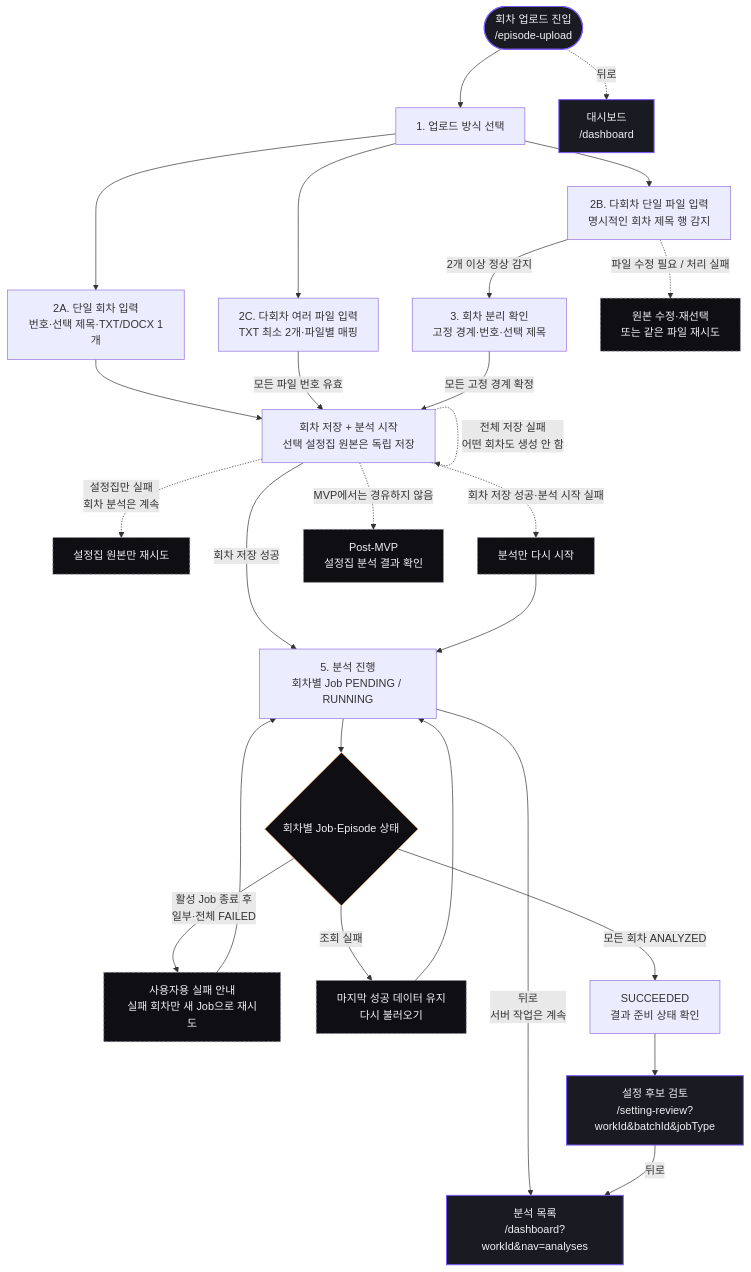
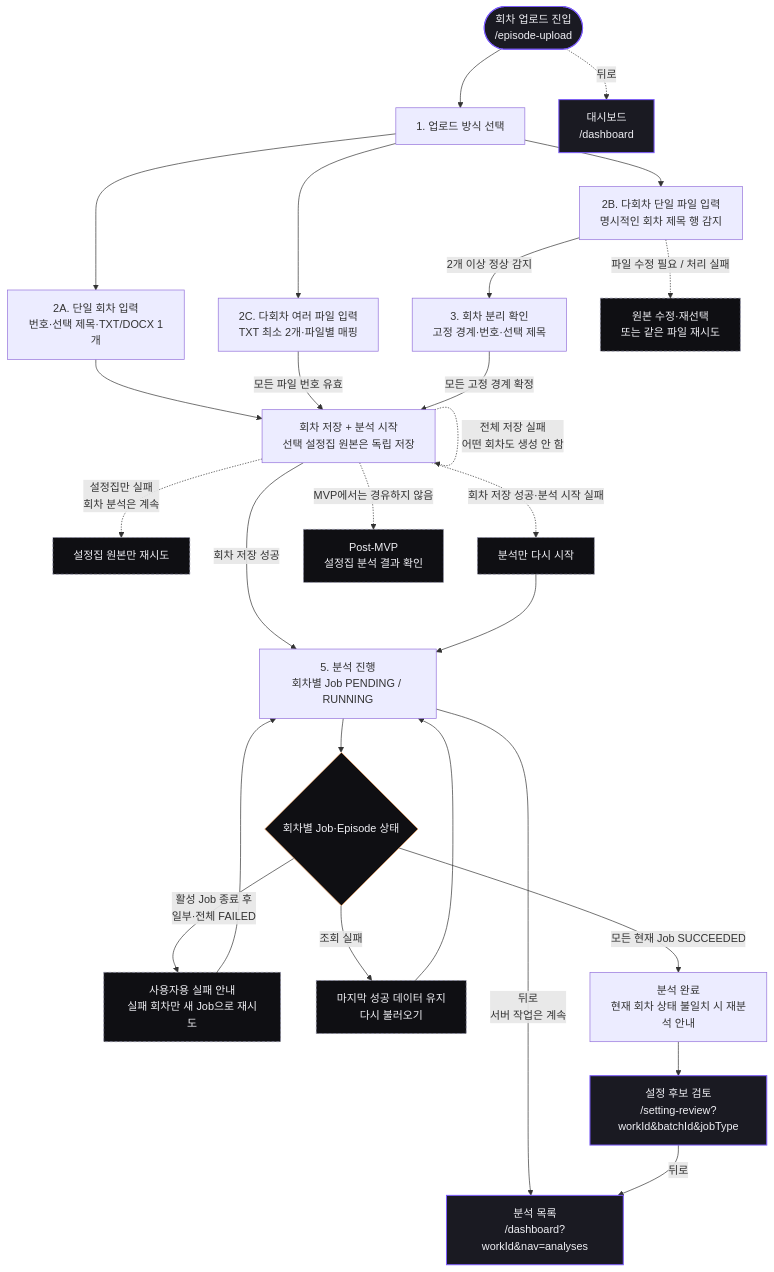
The sixth of 7 diagrams in docs/screen-flow.md (catchhole-soma/catchhole-front), drawn with Mermaid before and after one commit. The commit also changed 12 other files, not shown here.

````diff
--- a/docs/screen-flow.md
+++ b/docs/screen-flow.md
@@ -328,39 +328,39 @@
 ```mermaid
 flowchart TD
   start(["회차 업로드 진입<br/>/episode-upload"]):::private --> mode["1. 업로드 방식 선택"]
 
   mode --> mA["2A. 단일 회차 입력<br/>번호·선택 제목·TXT/DOCX 1개"]
   mode --> mB["2B. 다회차 단일 파일 입력<br/>명시적인 회차 제목 행 감지"]
   mode --> mC["2C. 다회차 여러 파일 입력<br/>TXT 최소 2개·파일별 매핑"]
 
   mB -- "2개 이상 정상 감지" --> bp["3. 회차 분리 확인<br/>고정 경계·번호·선택 제목"]
   mB -. "파일 수정 필요 / 처리 실패" .-> mBState["원본 수정·재선택<br/>또는 같은 파일 재시도"]:::modal
 
   mA --> persist["회차 저장 + 분석 시작<br/>선택 설정집 원본은 독립 저장"]
   mC -- "모든 파일 번호 유효" --> persist
   bp -- "모든 고정 경계 확정" --> persist
 
   persist -- "회차 저장 성공" --> proc["5. 분석 진행<br/>회차별 Job PENDING / RUNNING"]
   persist -. "전체 저장 실패<br/>어떤 회차도 생성 안 함" .-> persist
   persist -. "설정집만 실패<br/>회차 분석은 계속" .-> retrySetting["설정집 원본만 재시도"]:::modal
   persist -. "회차 저장 성공·분석 시작 실패" .-> retryAnalysis["분석만 다시 시작"]:::modal
   retryAnalysis --> proc
 
   proc --> state{"회차별 Job·Episode 상태"}:::decision
   state -- "활성 Job 종료 후<br/>일부·전체 FAILED" --> retry["사용자용 실패 안내<br/>실패 회차만 새 Job으로 재시도"]:::modal --> proc
   state -- "조회 실패" --> reload["마지막 성공 데이터 유지<br/>다시 불러오기"]:::modal --> proc
-  state -- "모든 회차 ANALYZED" --> success["SUCCEEDED<br/>결과 준비 상태 확인"]
+  state -- "모든 현재 Job SUCCEEDED" --> success["분석 완료<br/>현재 회차 상태 불일치 시 재분석 안내"]
 
   success --> review["설정 후보 검토<br/>/setting-review?workId&batchId&jobType"]:::private
   proc -- "뒤로<br/>서버 작업은 계속" --> analyses["분석 목록<br/>/dashboard?workId&nav=analyses"]:::private
   review -- "뒤로" --> analyses
 
   postMvp["Post-MVP<br/>설정집 분석 결과 확인"]:::modal
   persist -. "MVP에서는 경유하지 않음" .-> postMvp
 
   start -. "뒤로" .-> dashboard["대시보드<br/>/dashboard"]:::private
 
   classDef private fill:#1A1A22,stroke:#7C5CFC,stroke-width:1.5px,color:#F0F0F5;
   classDef modal fill:#0F0F13,stroke:#9090A8,stroke-dasharray:4 3,color:#F0F0F5;
   classDef decision fill:#0F0F13,stroke:#F4A261,color:#F0F0F5;
 ```
````
